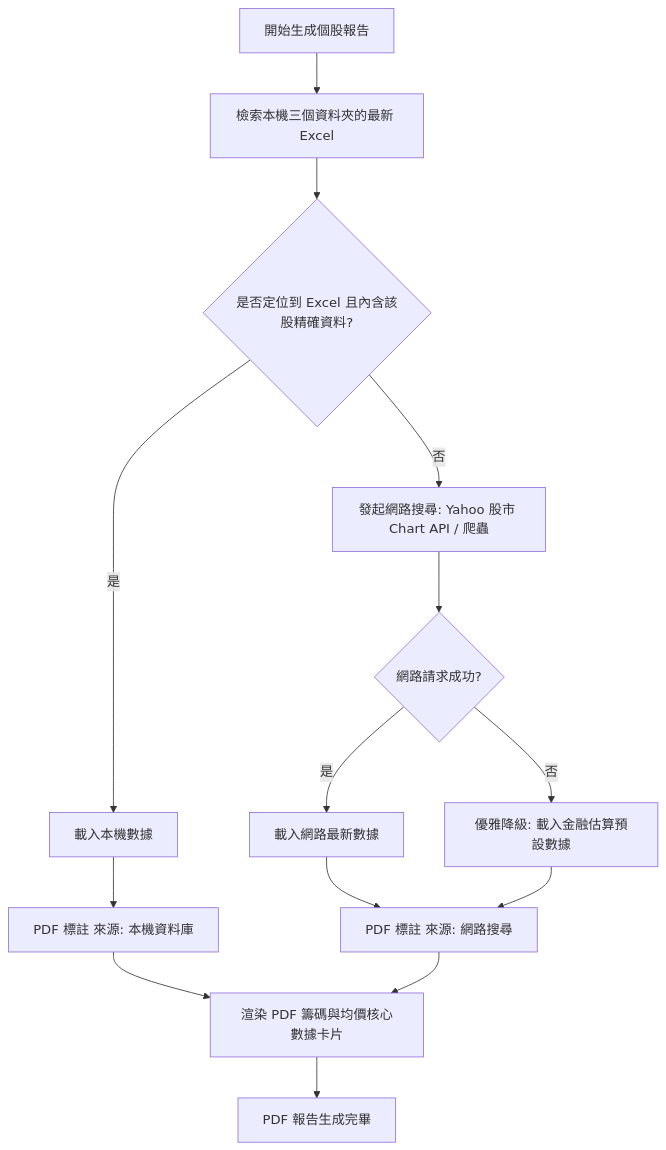
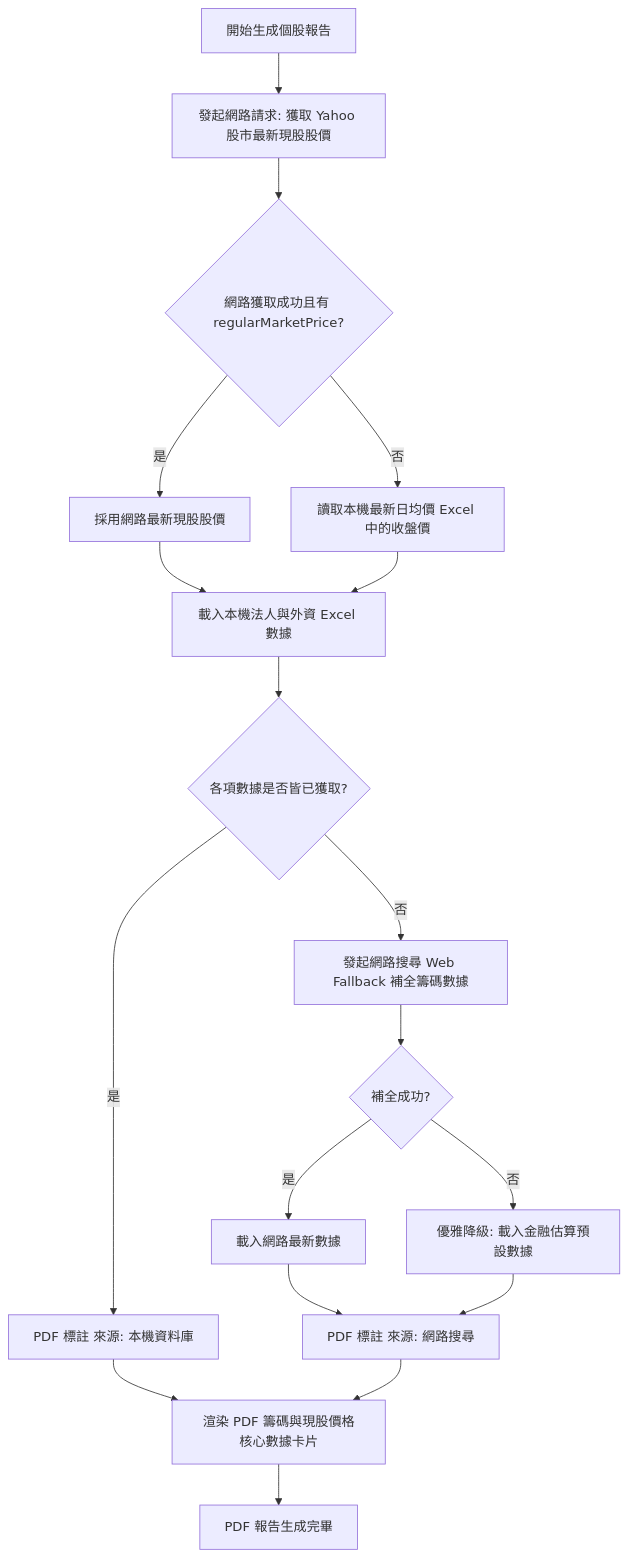
The tenth of 13 diagrams in spec.md (kkla1016/w-insight), drawn with Mermaid before and after one commit. The commit also changed other lines of this file and 5 other files, not shown here.

Commit message:
fix(price): optimize stock price data query to favor web-based regularMarketPrice with local Excel fallback, resolving price mismatch for Shinxin

````diff
--- a/spec.md
+++ b/spec.md
@@ -309,16 +309,20 @@
 ```mermaid
 flowchart TD
-    A[開始生成個股報告] --> B[檢索本機三個資料夾的最新 Excel]
-    B --> C{是否定位到 Excel 且內含該股精確資料?}
-    C -->|是| D[載入本機數據]
-    D --> E[PDF 標註 來源: 本機資料庫]
-    C -->|否| F[發起網路搜尋: Yahoo 股市 Chart API / 爬蟲]
-    F --> G{網路請求成功?}
-    G -->|是| H[載入網路最新數據]
-    G -->|否| I[優雅降級: 載入金融估算預設數據]
-    H --> J[PDF 標註 來源: 網路搜尋]
-    I --> J
-    E --> K[渲染 PDF 籌碼與均價核心數據卡片]
-    J --> K
-    K --> L[PDF 報告生成完畢]
+    A[開始生成個股報告] --> B[發起網路請求: 獲取 Yahoo 股市最新現股股價]
+    B --> C{網路獲取成功且有 regularMarketPrice?}
+    C -->|是| D[採用網路最新現股股價]
+    C -->|否| E[讀取本機最新日均價 Excel 中的收盤價]
+    D --> F[載入本機法人與外資 Excel 數據]
+    E --> F
+    F --> G{各項數據是否皆已獲取?}
+    G -->|是| H[PDF 標註 來源: 本機資料庫]
+    G -->|否| I[發起網路搜尋 Web Fallback 補全籌碼數據]
+    I --> J{補全成功?}
+    J -->|是| K[載入網路最新數據]
+    J -->|否| L[優雅降級: 載入金融估算預設數據]
+    K --> M[PDF 標註 來源: 網路搜尋]
+    L --> M
+    H --> N[渲染 PDF 籌碼與現股價格核心數據卡片]
+    M --> N
+    N --> O[PDF 報告生成完畢]
 ```
````
